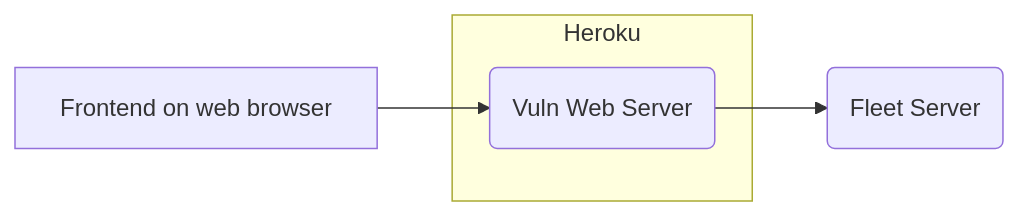
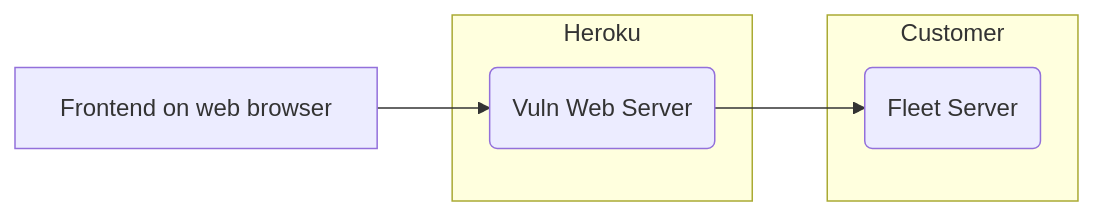
The seventh of 8 diagrams in docs/Contributing/high-level-architecture.md (fleetdm/fleet), drawn with Mermaid before and after one commit.

````diff
--- a/docs/Contributing/high-level-architecture.md
+++ b/docs/Contributing/high-level-architecture.md
@@ -177,12 +177,15 @@
 ```mermaid
 graph LR;
     frontend[Frontend on web browser];
-    fleetServer(Fleet Server);
+
+    subgraph Customer
+        fleetServer(Fleet Server);
+    end
 
     subgraph Heroku
         vulnServer(Vuln Web Server);
     end
 
     frontend --> vulnServer;
     vulnServer --> fleetServer;
 ```
````
